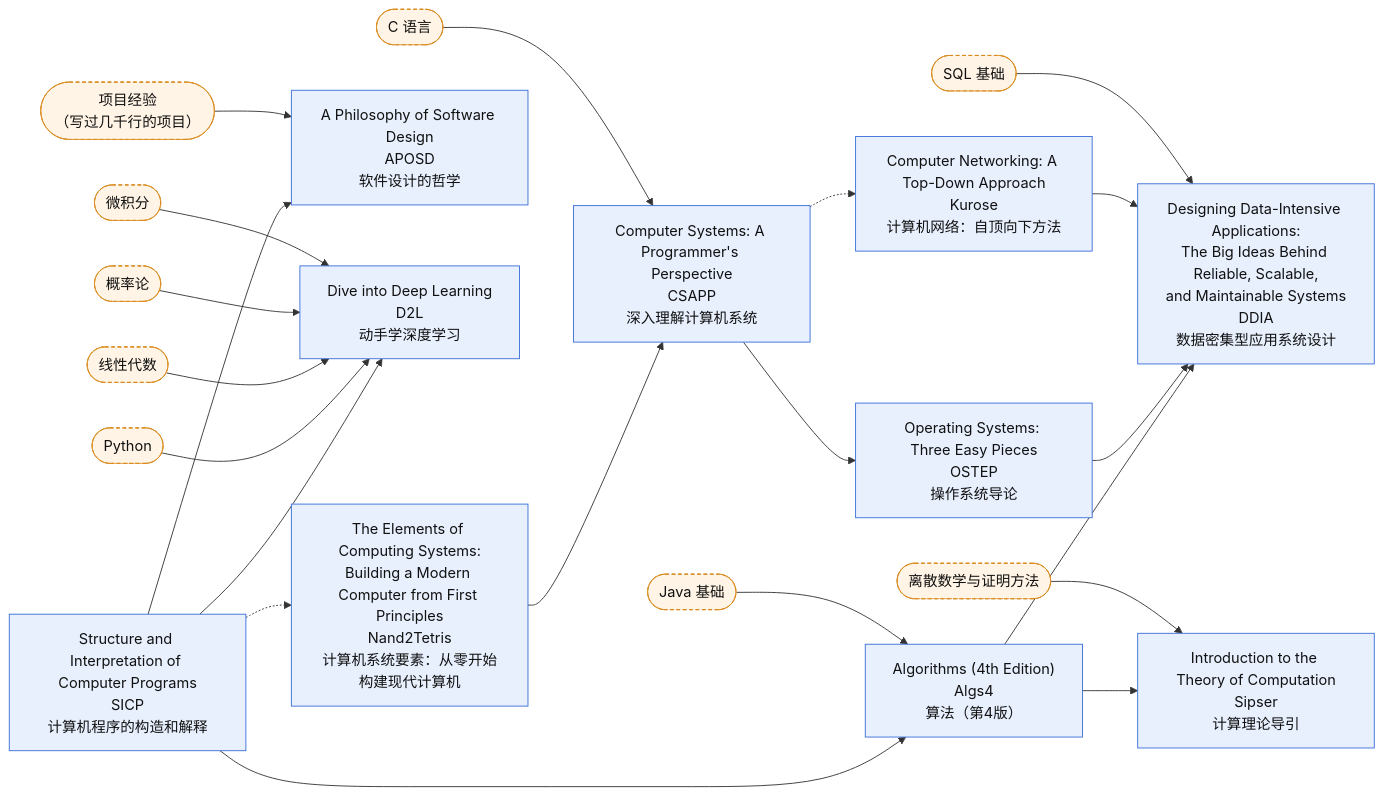
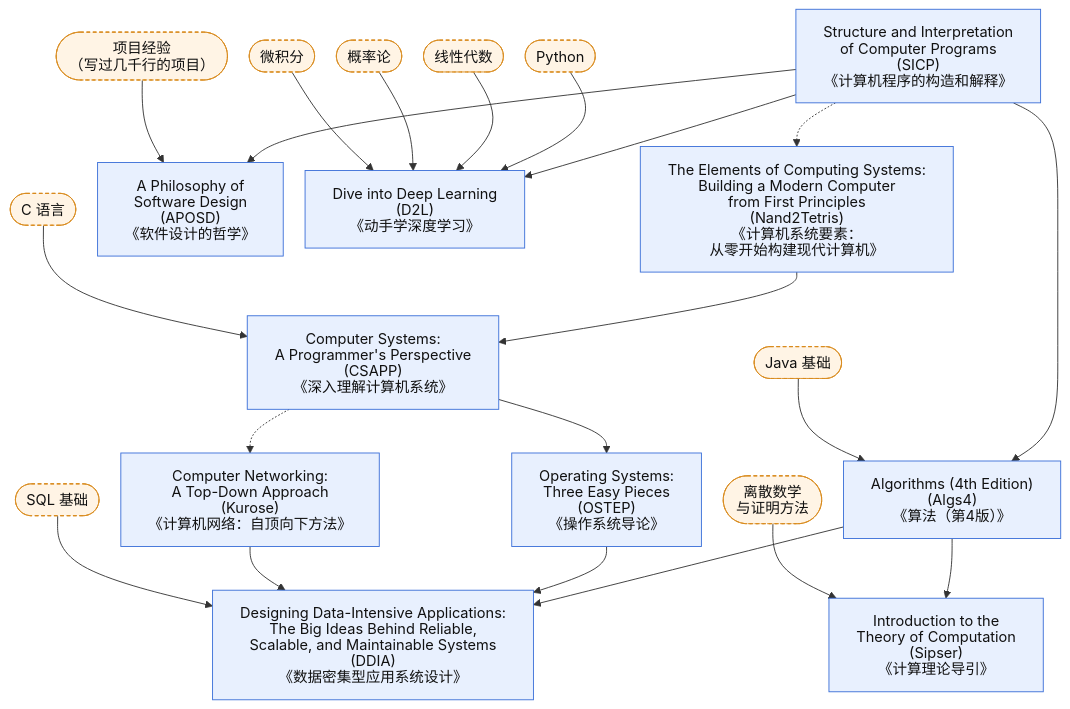
One commit to Minsecrus/learning-notes changed the diagram in notes/2026/10/17/cs-core-reading-list.md. Above: the diagram before and after it, drawn with Mermaid. The commit also changed other lines of this file, not shown here.

Commit message:
docs: make CS reading list graph readable on narrow pages

````diff
--- a/notes/2026/10/17/cs-core-reading-list.md
+++ b/notes/2026/10/17/cs-core-reading-list.md
@@ -3,54 +7,64 @@
 ```mermaid
-flowchart LR
+---
+config:
+  htmlLabels: false
+  markdownAutoWrap: false
+  flowchart:
+    htmlLabels: false
+    wrappingWidth: 400
+    nodeSpacing: 24
+    rankSpacing: 48
+---
+flowchart TD
     %% 书单内的十本书
-    SICP["Structure and Interpretation of Computer Programs<br/>SICP<br/>计算机程序的构造和解释"]
-    N2T["The Elements of Computing Systems:<br/>Building a Modern Computer from First Principles<br/>Nand2Tetris<br/>计算机系统要素：从零开始构建现代计算机"]
-    ALGS["Algorithms (4th Edition)<br/>Algs4<br/>算法（第4版）"]
-    CSAPP["Computer Systems: A Programmer's Perspective<br/>CSAPP<br/>深入理解计算机系统"]
-    OSTEP["Operating Systems: Three Easy Pieces<br/>OSTEP<br/>操作系统导论"]
-    NET["Computer Networking: A Top-Down Approach<br/>Kurose<br/>计算机网络：自顶向下方法"]
-    SIPSER["Introduction to the Theory of Computation<br/>Sipser<br/>计算理论导引"]
-    DDIA["Designing Data-Intensive Applications:<br/>The Big Ideas Behind Reliable, Scalable,<br/>and Maintainable Systems<br/>DDIA<br/>数据密集型应用系统设计"]
-    APOSD["A Philosophy of Software Design<br/>APOSD<br/>软件设计的哲学"]
-    D2L["Dive into Deep Learning<br/>D2L<br/>动手学深度学习"]
+    SICP["Structure and Interpretation<br/>of Computer Programs<br/>(SICP)<br/>《计算机程序的构造和解释》"]
+    N2T["The Elements of Computing Systems:<br/>Building a Modern Computer<br/>from First Principles<br/>(Nand2Tetris)<br/>《计算机系统要素：<br/>从零开始构建现代计算机》"]
+    ALGS["Algorithms (4th Edition)<br/>(Algs4)<br/>《算法（第4版）》"]
+    CSAPP["Computer Systems:<br/>A Programmer's Perspective<br/>(CSAPP)<br/>《深入理解计算机系统》"]
+    OSTEP["Operating Systems:<br/>Three Easy Pieces<br/>(OSTEP)<br/>《操作系统导论》"]
+    NET["Computer Networking:<br/>A Top-Down Approach<br/>(Kurose)<br/>《计算机网络：自顶向下方法》"]
+    SIPSER["Introduction to the<br/>Theory of Computation<br/>(Sipser)<br/>《计算理论导引》"]
+    DDIA["Designing Data-Intensive Applications:<br/>The Big Ideas Behind Reliable,<br/>Scalable, and Maintainable Systems<br/>(DDIA)<br/>《数据密集型应用系统设计》"]
+    APOSD["A Philosophy of<br/>Software Design<br/>(APOSD)<br/>《软件设计的哲学》"]
+    D2L["Dive into Deep Learning<br/>(D2L)<br/>《动手学深度学习》"]
 
     %% 书单外的前置
     X_C(["C 语言"])
     X_JAVA(["Java 基础"])
     X_PY(["Python"])
-    X_DM(["离散数学与证明方法"])
+    X_DM(["离散数学<br/>与证明方法"])
     X_LA(["线性代数"])
     X_PROB(["概率论"])
     X_CALC(["微积分"])
     X_SQL(["SQL 基础"])
     X_EXP(["项目经验<br/>（写过几千行的项目）"])
 
     %% 书单内的依赖，虚线为弱依赖
     SICP -.-> N2T
     SICP --> ALGS
     SICP --> APOSD
     SICP --> D2L
     N2T --> CSAPP
     CSAPP --> OSTEP
     CSAPP -.-> NET
     ALGS --> SIPSER
     ALGS --> DDIA
     OSTEP --> DDIA
     NET --> DDIA
 
     %% 书单外的依赖
     X_JAVA --> ALGS
     X_C --> CSAPP
     X_DM --> SIPSER
     X_SQL --> DDIA
     X_EXP --> APOSD
     X_PY --> D2L
     X_LA --> D2L
     X_PROB --> D2L
     X_CALC --> D2L
 
     classDef book fill:#e8f0fe,stroke:#3b6fd8,color:#111
     classDef ext fill:#fff4e5,stroke:#d98a1c,color:#111,stroke-dasharray:4 3
     class SICP,N2T,ALGS,CSAPP,OSTEP,NET,SIPSER,DDIA,APOSD,D2L book
     class X_C,X_JAVA,X_PY,X_DM,X_LA,X_PROB,X_CALC,X_SQL,X_EXP ext
 ```
````
